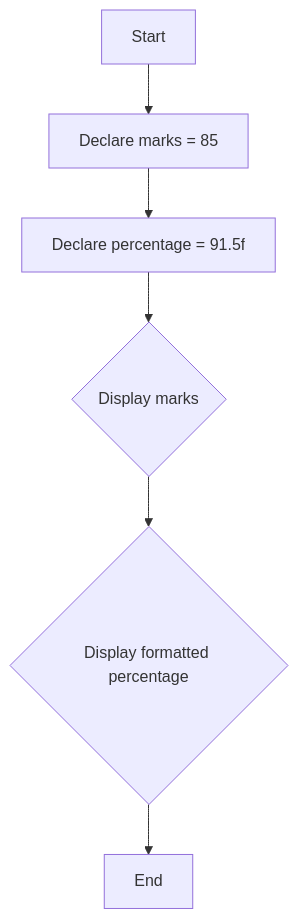
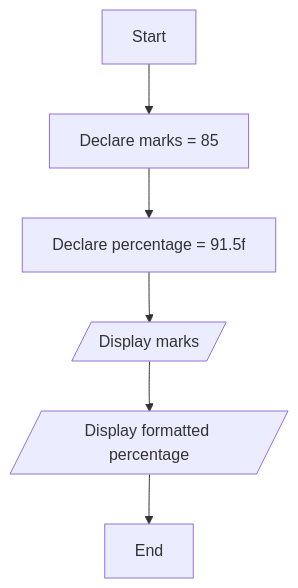
One commit to Asif-Faizal/BigOCcasion changed the diagram in 02_identifiers_and_keywords/README.md. Above: the diagram before and after it, drawn with Mermaid. The commit also changed 2 other files, not shown here.

Commit message:
chore: updated flowchart syntax in README files for consistency and clarity

````diff
--- a/02_identifiers_and_keywords/README.md
+++ b/02_identifiers_and_keywords/README.md
@@ -75,8 +75,8 @@
 ```mermaid
 graph TD;
     A[Start] --> B[Declare marks = 85];
     B --> C[Declare percentage = 91.5f];
-    C --> D{Display marks};
-    D --> E{Display formatted percentage};
+    C --> D[/Display marks/];
+    D --> E[/Display formatted percentage/];
     E --> F[End];
 ```
````
